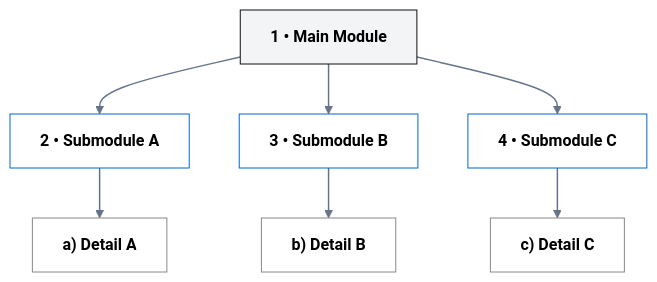
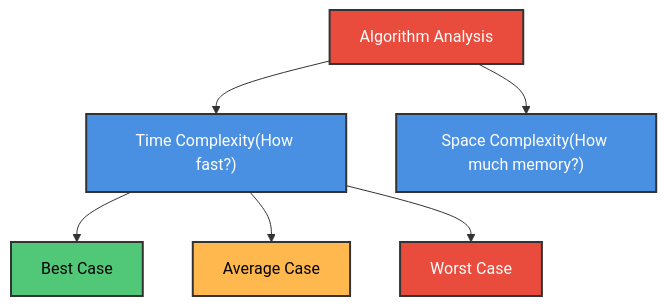
One commit to M-F-Tushar/CSE-2101-Data-Structure changed the first of 9 diagrams in Chapter 2 - Preliminaries/README.md. Above: the diagram before and after it, drawn with Mermaid. The commit also changed other lines of this file, not shown here.

````diff
--- a/Chapter 2 - Preliminaries/README.md
+++ b/Chapter 2 - Preliminaries/README.md
@@ -74,26 +26,16 @@
 ```mermaid
-flowchart TB
-    %% Hierarchical program organization
-    classDef root fill:#f3f4f6,stroke:#111,stroke-width:1px,color:#000,font-weight:600;
-    classDef module fill:#ffffff,stroke:#0366d6,stroke-width:1px,color:#000;
-    classDef detail fill:#ffffff,stroke:#888,color:#000;
-
-    Main["1 • Main Module"]:::root
-    SubA["2 • Submodule A"]:::module
-    SubB["3 • Submodule B"]:::module
-    SubC["4 • Submodule C"]:::module
-
-    DetA["a) Detail A"]:::detail
-    DetB["b) Detail B"]:::detail
-    DetC["c) Detail C"]:::detail
-
-    Main --> SubA
-    Main --> SubB
-    Main --> SubC
-
-    SubA --> DetA
-    SubB --> DetB
-    SubC --> DetC
-
-    linkStyle default stroke:#64748b,stroke-width:1.5px
+graph TD
+    A["Algorithm Analysis"] --> B["Time Complexity(How fast?)"]
+    A --> C["Space Complexity(How much memory?)"]
+    
+    B --> D["Best Case"]
+    B --> E["Average Case"]
+    B --> F["Worst Case"]
+    
+    style A fill:#E94B3C,stroke:#333,stroke-width:2px,color:#fff
+    style B fill:#4A90E2,stroke:#333,stroke-width:2px,color:#fff
+    style C fill:#4A90E2,stroke:#333,stroke-width:2px,color:#fff
+    style D fill:#50C878,stroke:#333,stroke-width:2px,color:#000
+    style E fill:#FFB84D,stroke:#333,stroke-width:2px,color:#000
+    style F fill:#E94B3C,stroke:#333,stroke-width:2px,color:#fff
 ```
````
